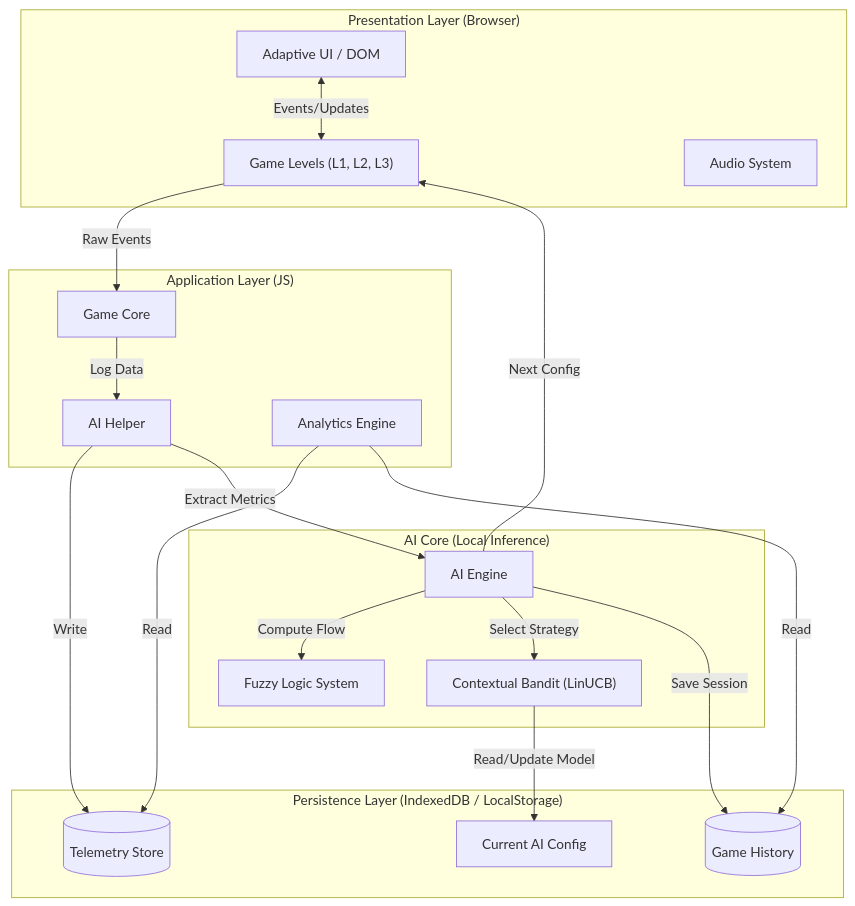
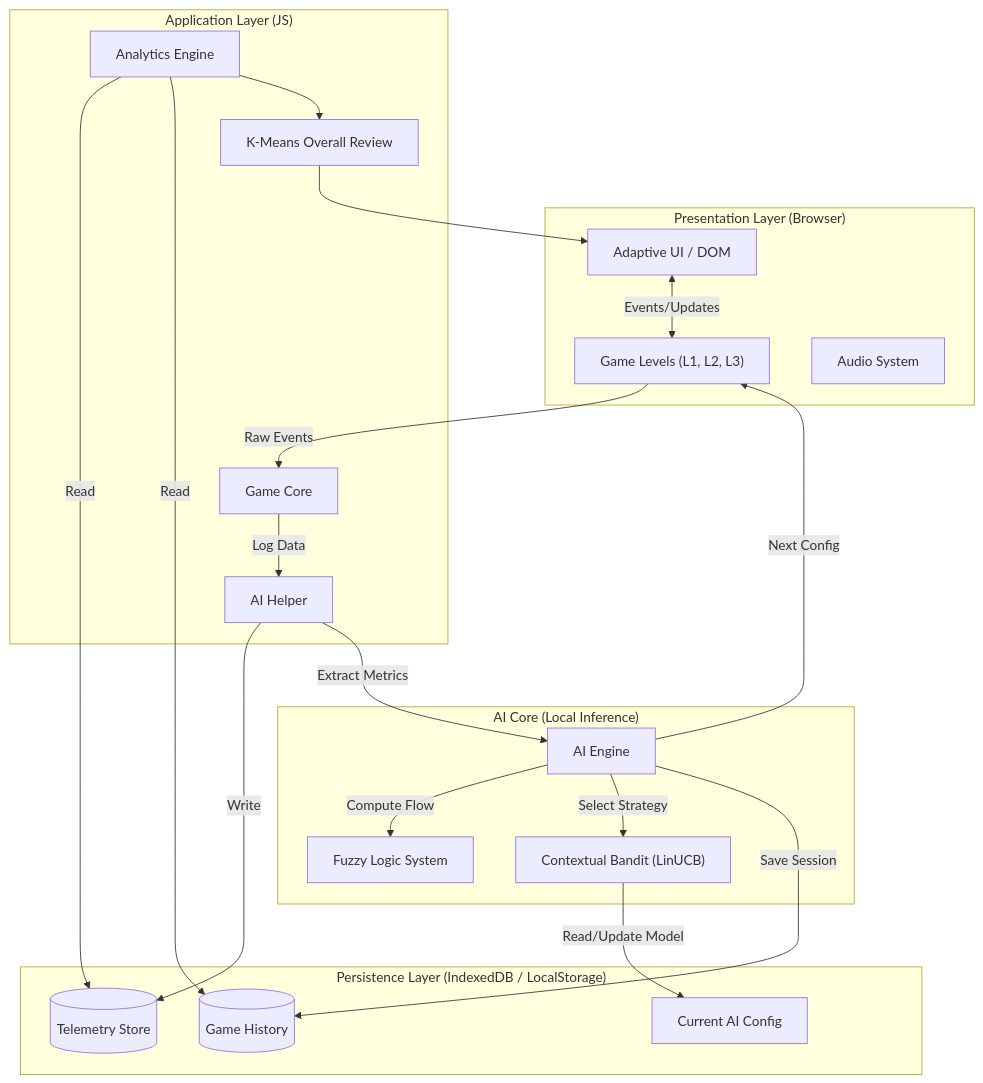
Before and after one commit to DDMYmia/Memory-Game-He-Maumahara: the first of 7 diagrams in docs/SYSTEM_DIAGRAMS.md, drawn with Mermaid. The commit also changed other lines of this file and 32 other files, not shown here.

Commit message:
Release v3.0.0: K-Means analytics, docs refresh, cleanup

````diff
--- a/docs/SYSTEM_DIAGRAMS.md
+++ b/docs/SYSTEM_DIAGRAMS.md
@@ -11,44 +11,47 @@
 ```mermaid
 graph TD
     subgraph "Presentation Layer (Browser)"
         UI[Adaptive UI / DOM]
         Levels["Game Levels (L1, L2, L3)"]
         Audio[Audio System]
     end
 
     subgraph "Application Layer (JS)"
         Core[Game Core]
         Helper[AI Helper]
         Analytics[Analytics Engine]
+        KMeans["K-Means Overall Review"]
     end
 
     subgraph "AI Core (Local Inference)"
         Engine[AI Engine]
         Fuzzy[Fuzzy Logic System]
         Bandit["Contextual Bandit (LinUCB)"]
     end
 
     subgraph "Persistence Layer (IndexedDB / LocalStorage)"
         TelDB[(Telemetry Store)]
         HistDB[(Game History)]
         Config[Current AI Config]
     end
 
     %% Interactions
     UI <-->|Events/Updates| Levels
     Levels -->|Raw Events| Core
     Core -->|Log Data| Helper
     
     Helper -->|Write| TelDB
     Helper -->|Extract Metrics| Engine
     
     Engine -->|Compute Flow| Fuzzy
     Engine -->|Select Strategy| Bandit
     
     Bandit -->|Read/Update Model| Config
     Engine -->|Save Session| HistDB
     
     Engine -->|Next Config| Levels
     Analytics -->|Read| TelDB
     Analytics -->|Read| HistDB
+    Analytics --> KMeans
+    KMeans --> UI
 ```
````
